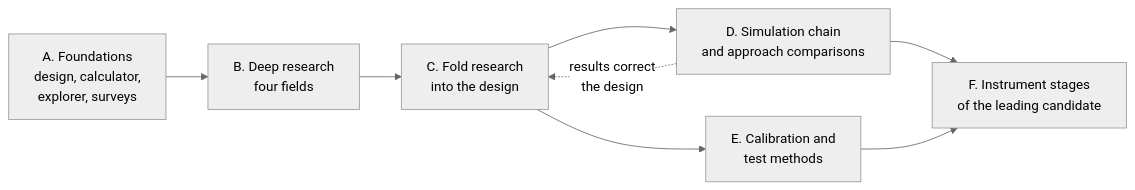
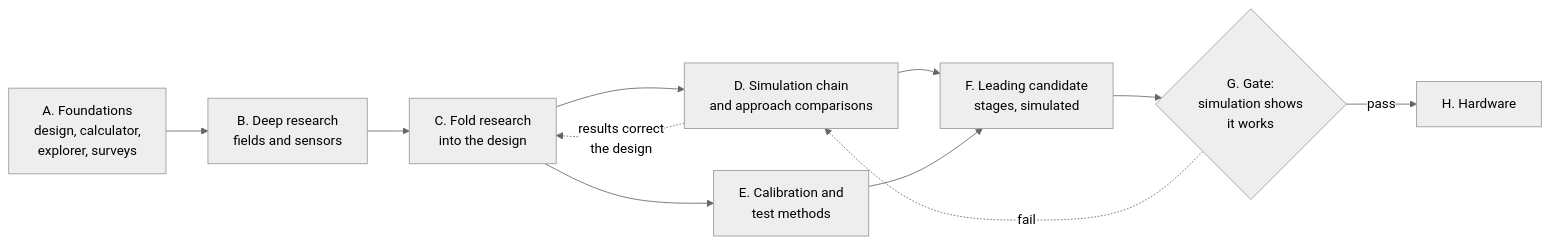
The diagram in docs/plan.md (mithro/ccd-superres), drawn with Mermaid (neutral theme) before and after one commit. The commit also changed other lines of this file and 2 other files, not shown here.

First line of the commit message:
Put hardware last behind a simulation gate; add sensor deep-dive research tasks

````diff
--- a/docs/plan.md
+++ b/docs/plan.md
@@ -25,12 +30,16 @@
 ```mermaid
 flowchart LR
     A["A. Foundations<br/>design, calculator,<br/>explorer, surveys"]
-    B["B. Deep research<br/>four fields"]
+    B["B. Deep research<br/>fields and sensors"]
     C["C. Fold research<br/>into the design"]
     D["D. Simulation chain<br/>and approach comparisons"]
     E["E. Calibration and<br/>test methods"]
-    F["F. Instrument stages<br/>of the leading candidate"]
-    A --> B --> C --> D --> F
+    F["F. Leading candidate<br/>stages, simulated"]
+    G{"G. Gate:<br/>simulation shows<br/>it works"}
+    H["H. Hardware"]
+    A --> B --> C --> D --> F --> G
     C --> E --> F
     D -.->|"results correct<br/>the design"| C
+    G -->|"pass"| H
+    G -.->|"fail"| D
 ```
````
